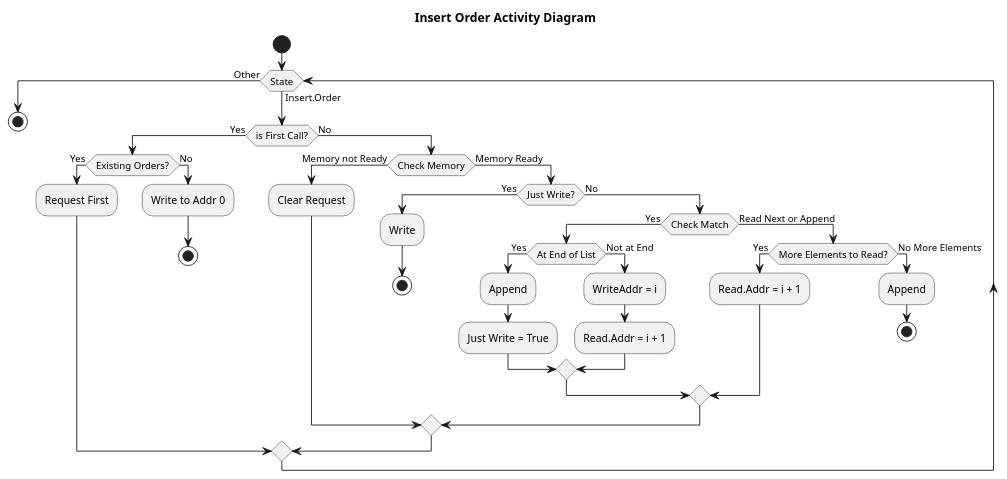
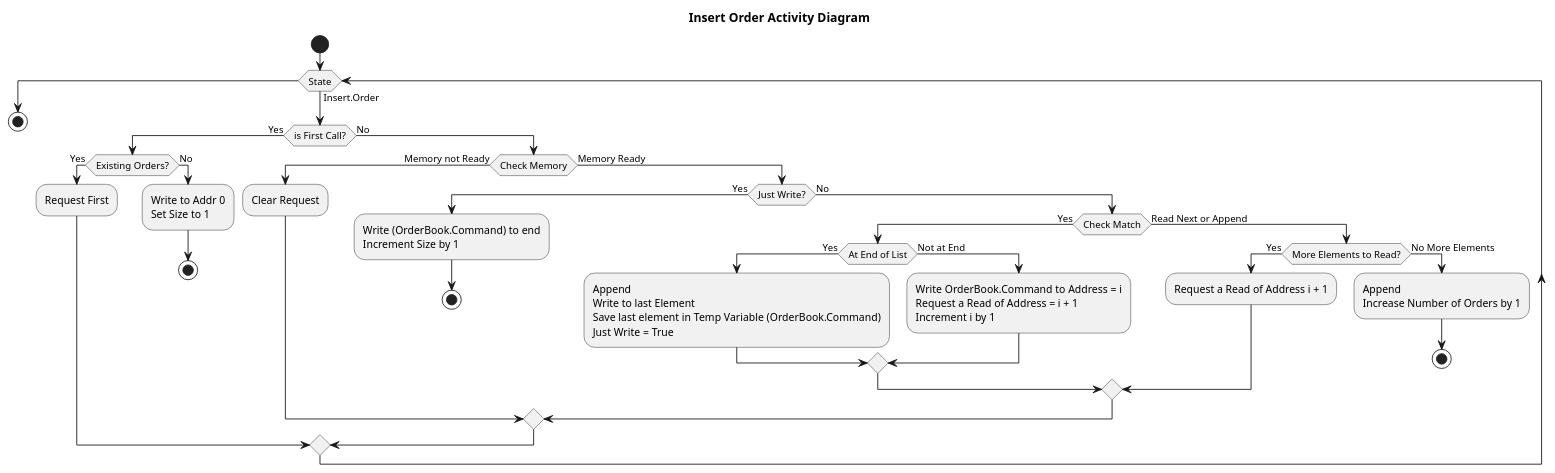
Before and after one commit to fpganow/cboe_pitch_lv_fpga: the diagram in diagrams/05_insert.order_act.plantuml, drawn with PlantUML. The commit also changed 3 other files, not shown here.

```diff
--- a/diagrams/05_insert.order_act.plantuml
+++ b/diagrams/05_insert.order_act.plantuml
@@ -1,46 +1,52 @@
 @startuml 05_insert_order_act
 hide empty description
 
 title Insert Order Activity Diagram
 
 start
 
 while (State) is (Insert.Order)
      if (is First Call?) then (Yes)
         if (Existing Orders?) then (Yes)
             :Request First;
         else (No)
-            :Write to Addr 0;
+            :Write to Addr 0
+            Set Size to 1;
             stop
         endif
     else (No)
         if (Check Memory) then (Memory not Ready)
             :Clear Request;
         else (Memory Ready)
             if (Just Write?) then (Yes)
-                :Write;
+                :Write (OrderBook.Command) to end
+                Increment Size by 1;
                 stop
             else (No)
                 if (Check Match) then (Yes)
                     if (At End of List) then (Yes)
-                        :Append;
-                        :Just Write = True;
+                        :Append
+                        Write to last Element
+                        Save last element in Temp Variable (OrderBook.Command)
+                        Just Write = True;
                     else (Not at End)
-                        :WriteAddr = i;
-                        :Read.Addr = i + 1;
+                        :Write OrderBook.Command to Address = i
+                        Request a Read of Address = i + 1
+                        Increment i by 1;
                     endif
                 else (Read Next or Append)
                     if (More Elements to Read?) then (Yes)
-                        :Read.Addr = i + 1;
+                        :Request a Read of Address i + 1;
                     else (No More Elements)
-                        :Append;
+                        :Append
+                        Increase Number of Orders by 1;
                         stop
                     endif;
                 endif
             endif
         endif
     endif
-endwhile (Other)
+endwhile
 stop
 
 @enduml
```
